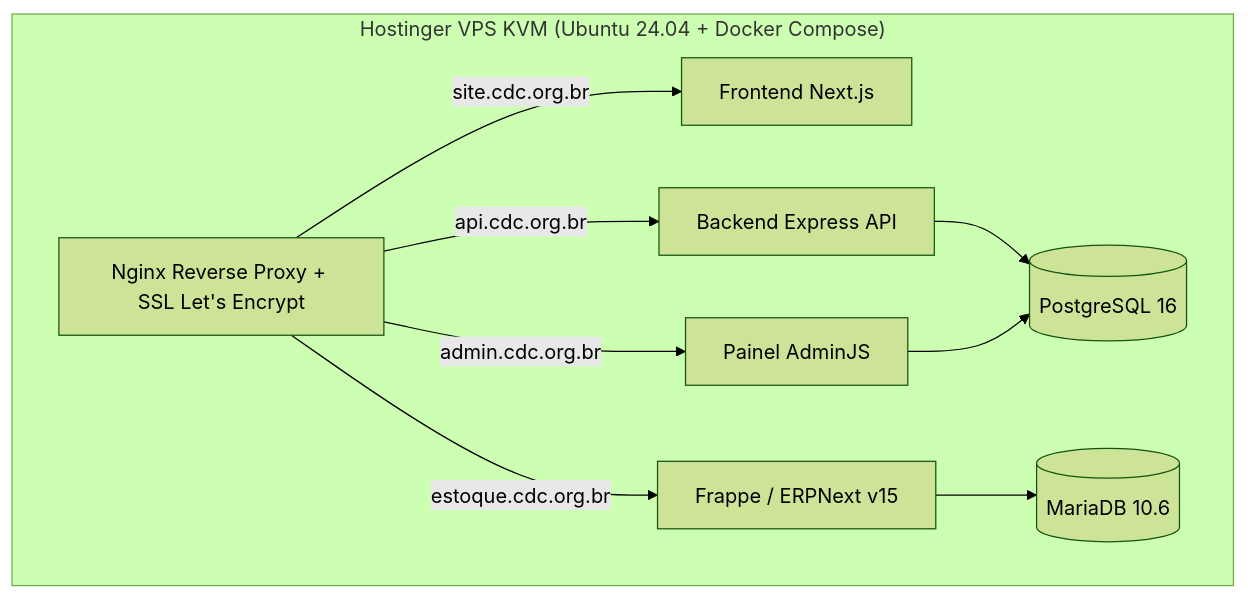
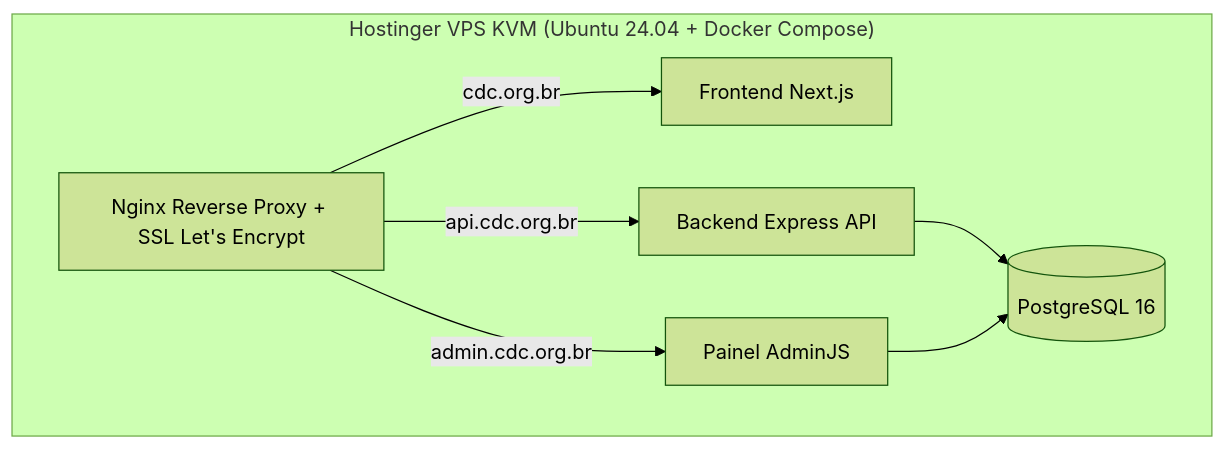
The second of 2 diagrams in docs/inquerito_migracao_gcp_hostinger.md (cdc-org-2025/site-cdc), drawn with Mermaid (forest theme) before and after one commit. The commit also changed other lines of this file and 1 other file, not shown here.

````diff
--- a/docs/inquerito_migracao_gcp_hostinger.md
+++ b/docs/inquerito_migracao_gcp_hostinger.md
@@ -42,15 +30,13 @@
 ```mermaid
 graph TD
     subgraph "Hostinger VPS KVM (Ubuntu 24.04 + Docker Compose)"
         Nginx[Nginx Reverse Proxy + SSL Let's Encrypt]
         
-        Nginx -->|site.cdc.org.br| FEContainer[Frontend Next.js]
+        Nginx -->|cdc.org.br| FEContainer[Frontend Next.js]
         Nginx -->|api.cdc.org.br| BEContainer[Backend Express API]
         Nginx -->|admin.cdc.org.br| AdminContainer[Painel AdminJS]
-        Nginx -->|estoque.cdc.org.br| ERPNextContainer[Frappe / ERPNext v15]
         
         BEContainer --> PostgresDB[(PostgreSQL 16)]
         AdminContainer --> PostgresDB
-        ERPNextContainer --> MariaDB[(MariaDB 10.6)]
     end
 ```
````
